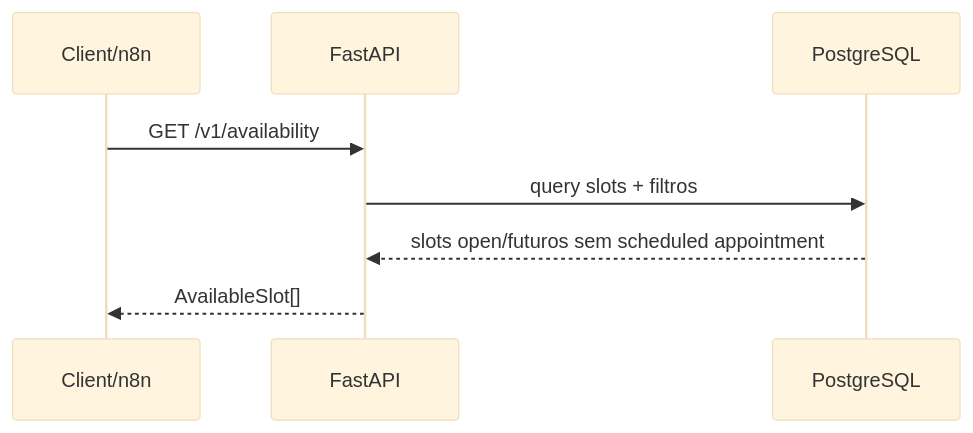
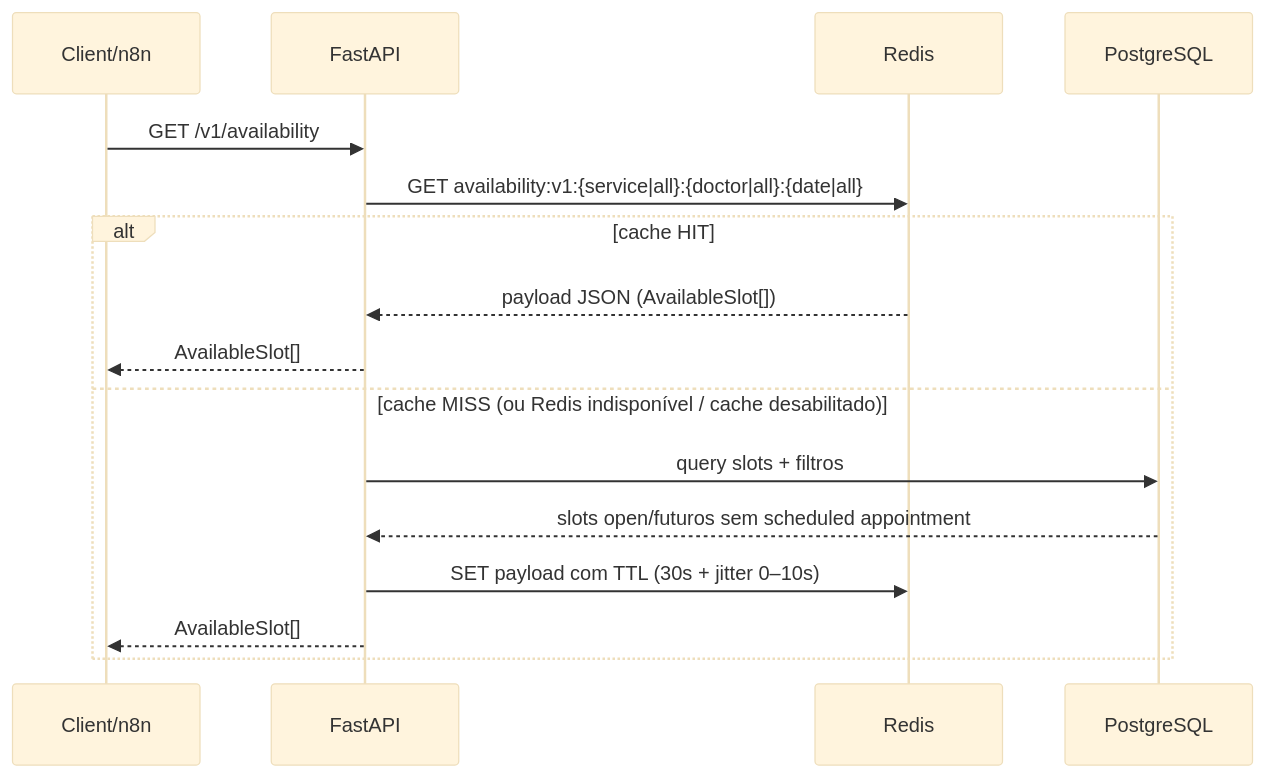
The second of 3 diagrams in docs/architecture.md (iansaft/essentia_ai_medical_scheduling_assistant), drawn with Mermaid (base theme) before and after one commit. The commit also changed other lines of this file and 4 other files, not shown here.

First line of the commit message:
docs: document Redis availability cache with architecture flows and DD-20

````diff
--- a/docs/architecture.md
+++ b/docs/architecture.md
@@ -175,11 +184,19 @@
 ```mermaid
 sequenceDiagram
     participant C as Client/n8n
     participant API as FastAPI
+    participant RD as Redis
     participant DB as PostgreSQL
 
     C->>API: GET /v1/availability
-    API->>DB: query slots + filtros
-    DB-->>API: slots open/futuros sem scheduled appointment
-    API-->>C: AvailableSlot[]
+    API->>RD: GET availability:v1:{service|all}:{doctor|all}:{date|all}
+    alt cache HIT
+        RD-->>API: payload JSON (AvailableSlot[])
+        API-->>C: AvailableSlot[]
+    else cache MISS (ou Redis indisponível / cache desabilitado)
+        API->>DB: query slots + filtros
+        DB-->>API: slots open/futuros sem scheduled appointment
+        API->>RD: SET payload com TTL (30s + jitter 0–10s)
+        API-->>C: AvailableSlot[]
+    end
 ```
````
